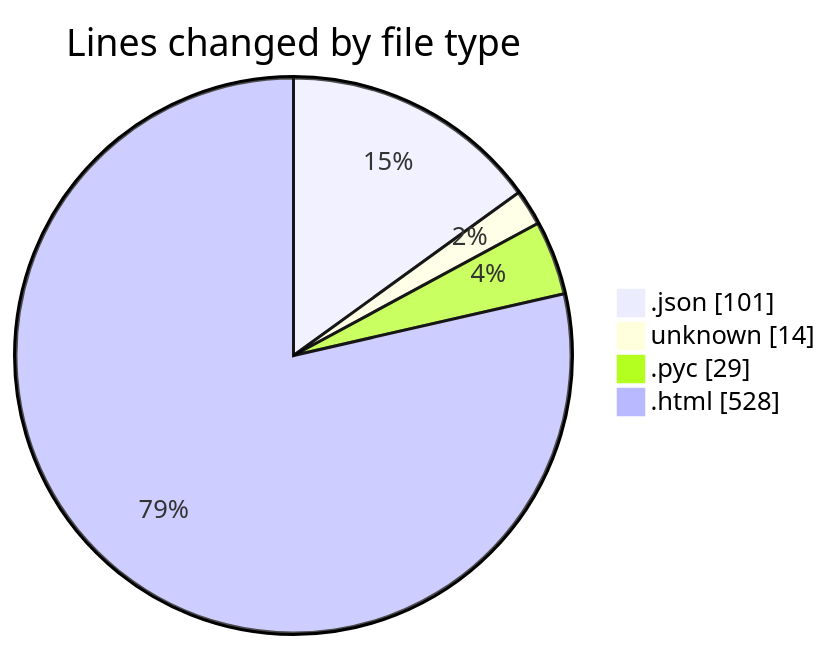
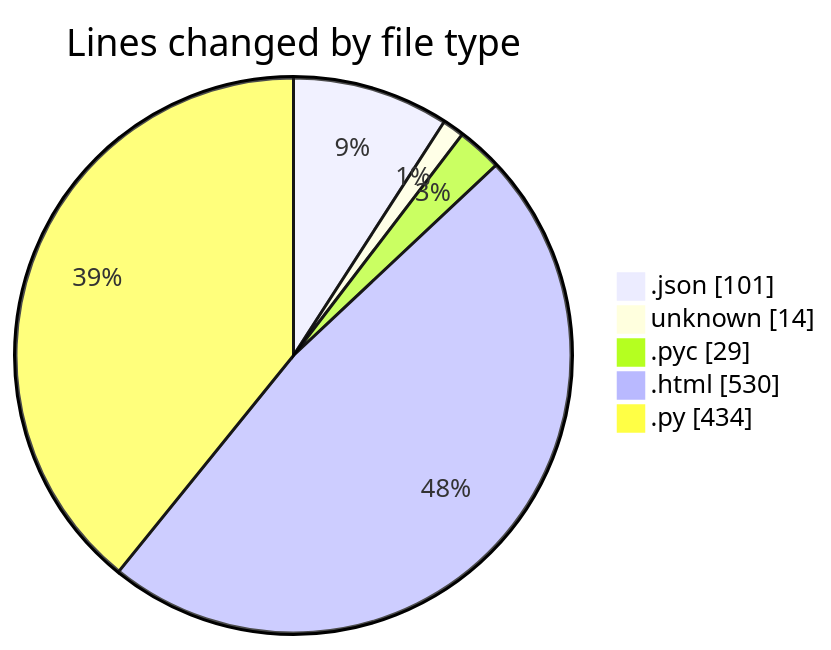
The first of 2 diagrams in 2025-04-23/heypy/README.md (Elitesun/code-tracking), drawn with Mermaid before and after one commit. The commit also changed other lines of this file and 1 other file, not shown here.

````diff
--- a/2025-04-23/heypy/README.md
+++ b/2025-04-23/heypy/README.md
@@ -24,8 +25,9 @@
 ```mermaid
 pie showData
 title Lines changed by file type
 ".json" : 101
 "unknown" : 14
 ".pyc" : 29
-".html" : 528
+".html" : 530
+".py" : 434
 ```
````
